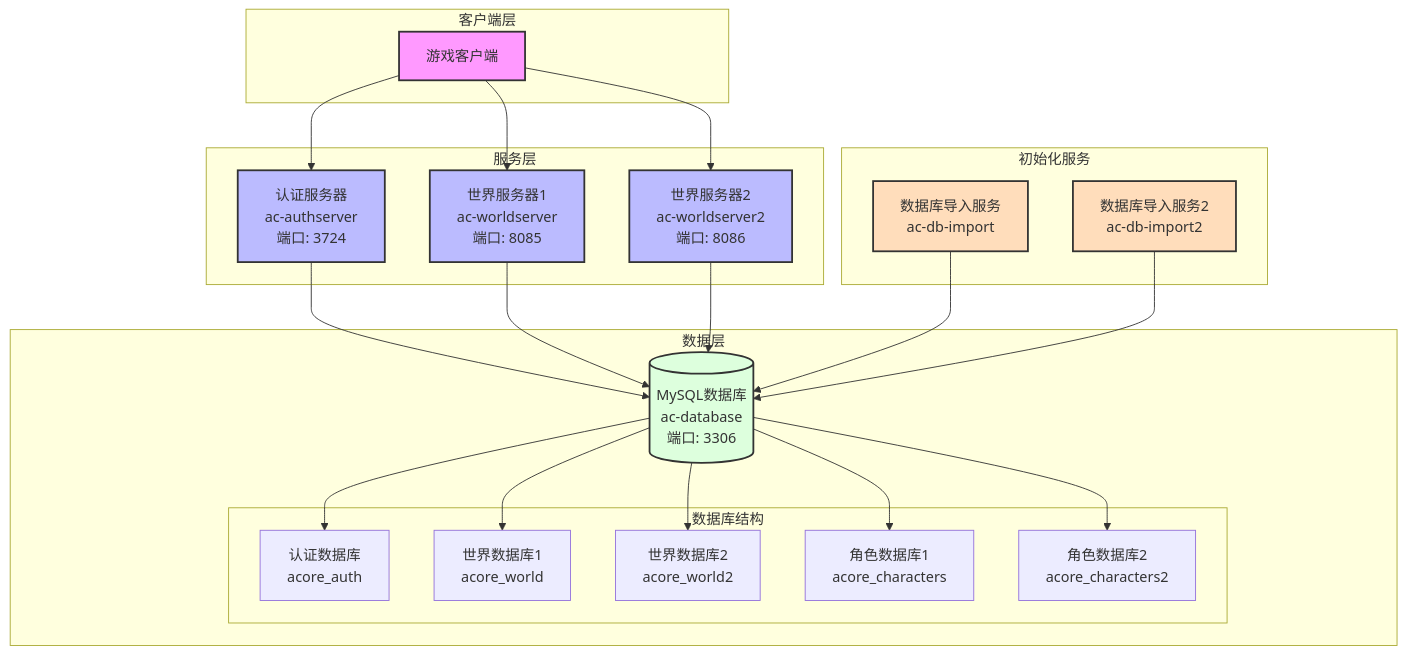
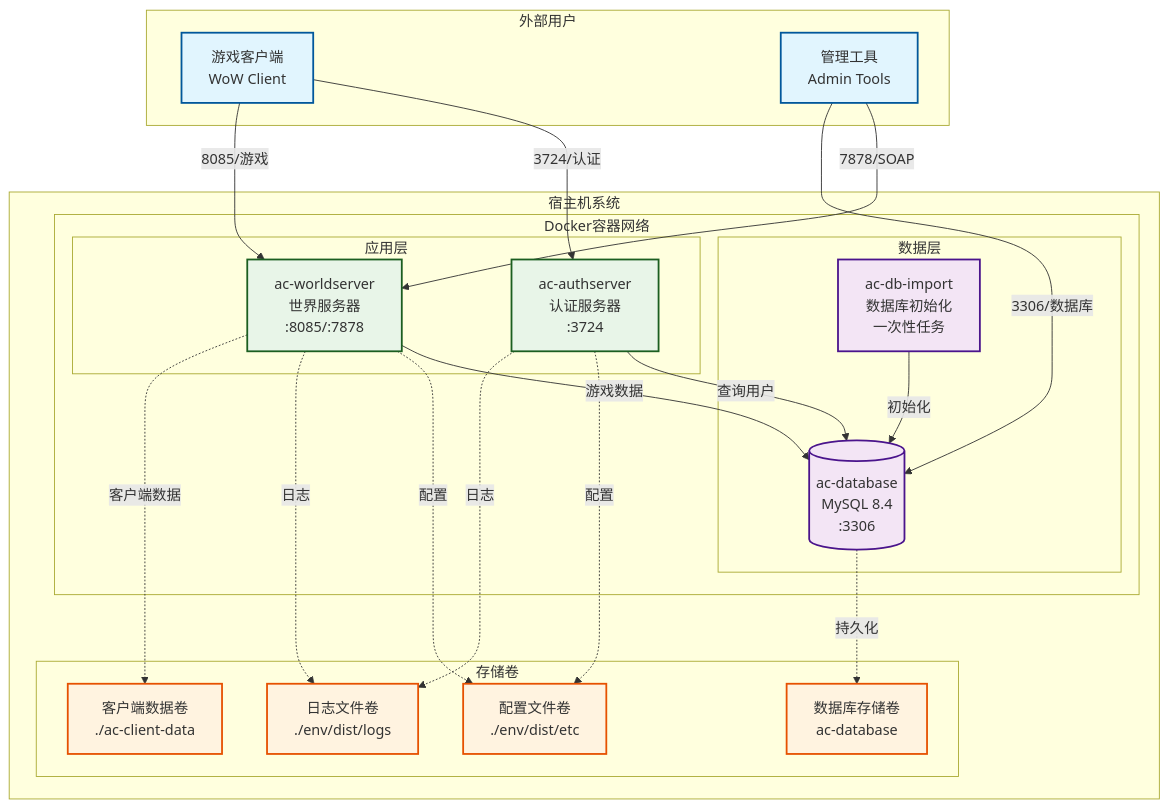
One commit to duckdream/demo changed the first of 4 diagrams in README.md. Above: the diagram before and after it, drawn with Mermaid. The commit also changed other lines of this file and 1 other file, not shown here.

Commit message:
docs: 添加服务架构图，包含系统架构、服务依赖、数据流程和网络端口映射

````diff
--- a/README.md
+++ b/README.md
@@ -54,53 +100,57 @@
 ```mermaid
 graph TB
-    subgraph 客户端层
-        Client[游戏客户端]
+    subgraph "外部用户"
+        Client[游戏客户端<br/>WoW Client]
+        Admin[管理工具<br/>Admin Tools]
     end
-
-    subgraph 服务层
-        Auth[认证服务器<br/>ac-authserver<br/>端口: 3724]
-        World1[世界服务器1<br/>ac-worldserver<br/>端口: 8085]
-        World2[世界服务器2<br/>ac-worldserver2<br/>端口: 8086]
-    end
-
-    subgraph 数据层
-        DB[(MySQL数据库<br/>ac-database<br/>端口: 3306)]
-        subgraph 数据库结构
-            AuthDB[认证数据库<br/>acore_auth]
-            WorldDB1[世界数据库1<br/>acore_world]
-            WorldDB2[世界数据库2<br/>acore_world2]
-            CharDB1[角色数据库1<br/>acore_characters]
-            CharDB2[角色数据库2<br/>acore_characters2]
+    
+    subgraph "宿主机系统"
+        subgraph "Docker容器网络"
+            subgraph "数据层"
+                DB[(ac-database<br/>MySQL 8.4<br/>:3306)]
+                DBImport[ac-db-import<br/>数据库初始化<br/>一次性任务]
+            end
+            
+            subgraph "应用层"
+                Auth[ac-authserver<br/>认证服务器<br/>:3724]
+                World[ac-worldserver<br/>世界服务器<br/>:8085/:7878]
+            end
+        end
+        
+        subgraph "存储卷"
+            ConfigVol[配置文件卷<br/>./env/dist/etc]
+            LogsVol[日志文件卷<br/>./env/dist/logs]
+            DataVol[客户端数据卷<br/>./ac-client-data]
+            DBVol[数据库存储卷<br/>ac-database]
         end
     end
-
-    subgraph 初始化服务
-        DBImport[数据库导入服务<br/>ac-db-import]
-        DBImport2[数据库导入服务2<br/>ac-db-import2]
-    end
-
-    Client --> Auth
-    Client --> World1
-    Client --> World2
     
-    Auth --> DB
-    World1 --> DB
-    World2 --> DB
+    %% 连接关系
+    Client -->|3724/认证| Auth
+    Client -->|8085/游戏| World
+    Admin -->|7878/SOAP| World
+    Admin -->|3306/数据库| DB
     
-    DB --> AuthDB
-    DB --> WorldDB1
-    DB --> WorldDB2
-    DB --> CharDB1
-    DB --> CharDB2
+    DBImport -->|初始化| DB
+    Auth -->|查询用户| DB
+    World -->|游戏数据| DB
     
-    DBImport --> DB
-    DBImport2 --> DB
-
-    style Client fill:#f9f,stroke:#333,stroke-width:2px
-    style Auth fill:#bbf,stroke:#333,stroke-width:2px
-    style World1 fill:#bbf,stroke:#333,stroke-width:2px
-    style World2 fill:#bbf,stroke:#333,stroke-width:2px
-    style DB fill:#dfd,stroke:#333,stroke-width:2px
-    style DBImport fill:#fdb,stroke:#333,stroke-width:2px
-    style DBImport2 fill:#fdb,stroke:#333,stroke-width:2px
+    %% 存储挂载
+    Auth -.->|配置| ConfigVol
+    Auth -.->|日志| LogsVol
+    World -.->|配置| ConfigVol
+    World -.->|日志| LogsVol
+    World -.->|客户端数据| DataVol
+    DB -.->|持久化| DBVol
+    
+    %% 样式
+    classDef clientStyle fill:#e1f5fe,stroke:#01579b,stroke-width:2px
+    classDef dbStyle fill:#f3e5f5,stroke:#4a148c,stroke-width:2px
+    classDef appStyle fill:#e8f5e8,stroke:#1b5e20,stroke-width:2px
+    classDef storageStyle fill:#fff3e0,stroke:#e65100,stroke-width:2px
+    
+    class Client,Admin clientStyle
+    class DB,DBImport dbStyle
+    class Auth,World appStyle
+    class ConfigVol,LogsVol,DataVol,DBVol storageStyle
 ```
````
